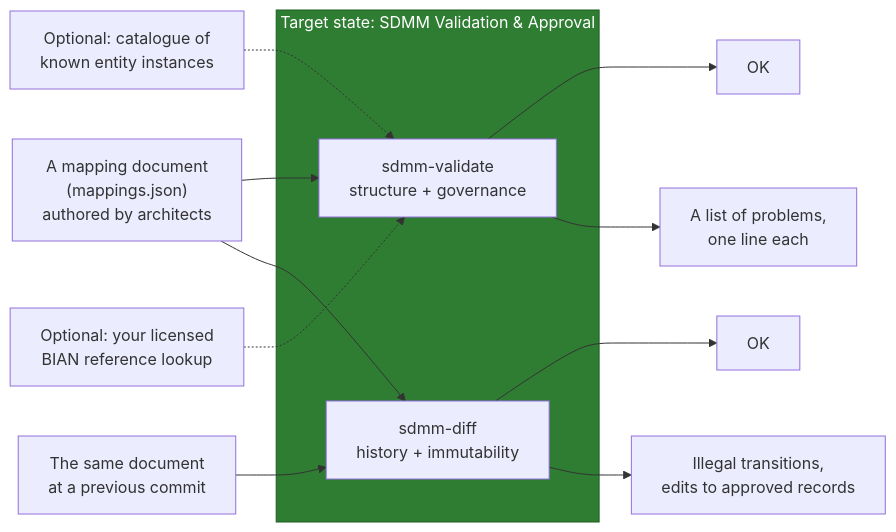
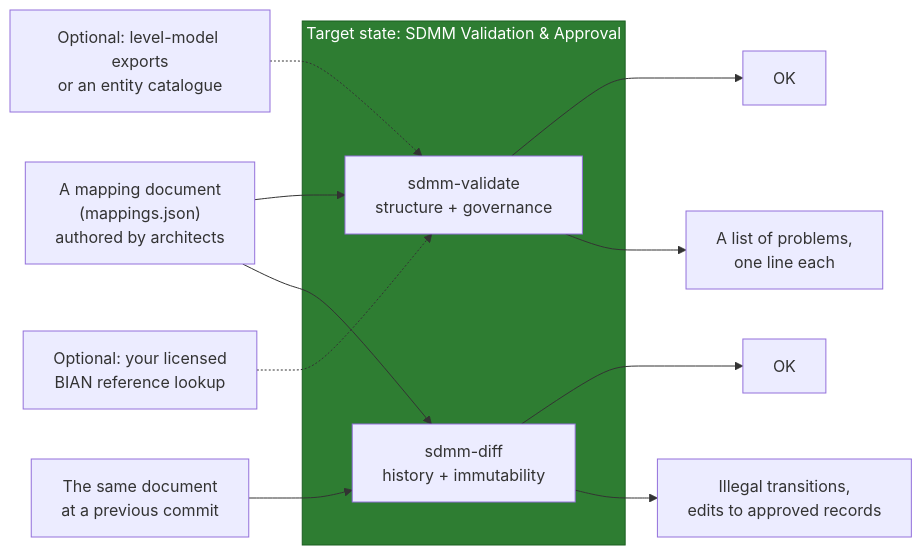
One commit to taumoeps/bian-sdem-framework changed the fifth of 8 diagrams in README.md. Above: the diagram before and after it, drawn with Mermaid. The commit also changed other lines of this file, not shown here.

Commit message:
README: 'What this repository ships' rewritten as the current v0.5 state — Contract, Validator, Graph, Engine harness — without per-release subsections

````diff
--- a/README.md
+++ b/README.md
@@ -381,21 +391,21 @@
 ```mermaid
 flowchart LR
     IN["A mapping document<br/>(mappings.json)<br/>authored by architects"]
     PREV["The same document<br/>at a previous commit"]
-    CAT["Optional: catalogue of<br/>known entity instances"]
+    LV["Optional: level-model exports<br/>or an entity catalogue"]
     REF["Optional: your licensed<br/>BIAN reference lookup"]
     subgraph VALID["Target state: SDMM Validation & Approval"]
       CHK["sdmm-validate<br/>structure + governance"]
       DIFF["sdmm-diff<br/>history + immutability"]
     end
     IN --> CHK
-    CAT -.-> CHK
+    LV -.-> CHK
     REF -.-> CHK
     IN --> DIFF
     PREV --> DIFF
     CHK --> OK["OK"]
     CHK --> ERR["A list of problems,<br/>one line each"]
     DIFF --> OK2["OK"]
     DIFF --> ERR2["Illegal transitions,<br/>edits to approved records"]
     style VALID fill:#2e7d32,color:#fff,stroke:#1b5e20
 ```
````
